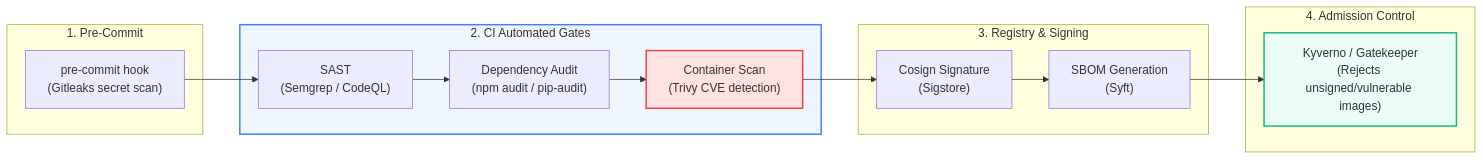
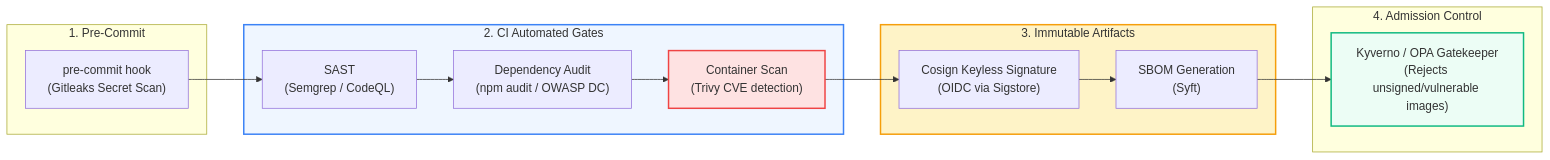
The diagram in 04-CICD-Pipelines/03-Security-and-Best-Practices.md (PandeyKishan/Study-Notes), drawn with Mermaid before and after one commit. The commit also changed other lines of this file and 38 other files, not shown here.

````diff
--- a/04-CICD-Pipelines/03-Security-and-Best-Practices.md
+++ b/04-CICD-Pipelines/03-Security-and-Best-Practices.md
@@ -12,27 +14,28 @@
 ```mermaid
 flowchart LR
     subgraph Developer_Machine["1. Pre-Commit"]
-        Hook["pre-commit hook\n(Gitleaks secret scan)"]
+        Hook["pre-commit hook\n(Gitleaks Secret Scan)"]
     end
 
     subgraph CI_Pipeline["2. CI Automated Gates"]
         SAST["SAST\n(Semgrep / CodeQL)"]
-        SCA["Dependency Audit\n(npm audit / pip-audit)"]
+        SCA["Dependency Audit\n(npm audit / OWASP DC)"]
         Trivy["Container Scan\n(Trivy CVE detection)"]
     end
 
-    subgraph Artifact_Registry["3. Registry & Signing"]
-        Sign["Cosign Signature\n(Sigstore)"]
+    subgraph Artifact_Registry["3. Immutable Artifacts"]
+        Sign["Cosign Keyless Signature\n(OIDC via Sigstore)"]
         SBOM["SBOM Generation\n(Syft)"]
     end
 
     subgraph Production_K8s["4. Admission Control"]
-        Admission["Kyverno / Gatekeeper\n(Rejects unsigned/vulnerable images)"]
+        Admission["Kyverno / OPA Gatekeeper\n(Rejects unsigned/vulnerable images)"]
     end
 
     Hook --> SAST --> SCA --> Trivy --> Sign --> SBOM --> Admission
 
     style CI_Pipeline fill:#eff6ff,stroke:#3b82f6,stroke-width:2px
     style Trivy fill:#fee2e2,stroke:#ef4444,stroke-width:2px
+    style Artifact_Registry fill:#fef3c7,stroke:#f59e0b,stroke-width:2px
     style Admission fill:#ecfdf5,stroke:#10b981,stroke-width:2px
 ```
````
